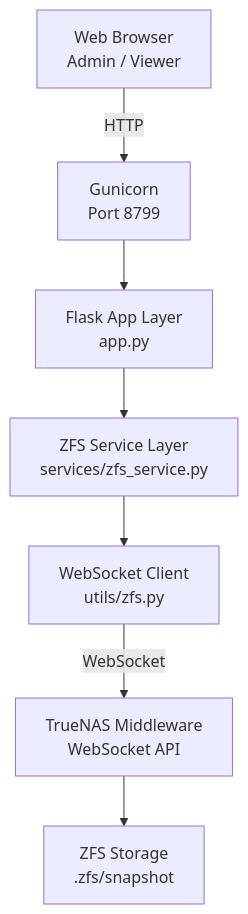
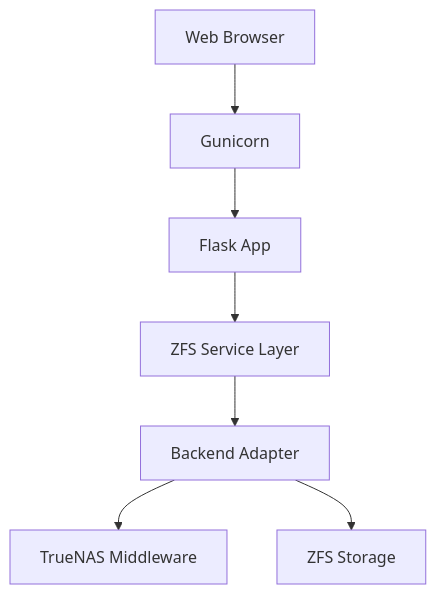
The diagram in README.md (Rocketplanner83/shadowportal), drawn with Mermaid before and after one commit. The commit also changed other lines of this file, not shown here.

````diff
--- a/README.md
+++ b/README.md
@@ -40,18 +178,18 @@
 ```mermaid
 flowchart TB
 
-    Browser[Web Browser<br/>Admin / Viewer]
-    Gunicorn[Gunicorn<br/>Port 8799]
-    Flask[Flask App Layer<br/>app.py]
-    Service[ZFS Service Layer<br/>services/zfs_service.py]
-    WSClient[WebSocket Client<br/>utils/zfs.py]
-    Middleware[TrueNAS Middleware<br/>WebSocket API]
-    ZFS[ZFS Storage<br/>.zfs/snapshot]
+    Browser[Web Browser]
+    Gunicorn[Gunicorn]
+    Flask[Flask App]
+    Service[ZFS Service Layer]
+    Backend[Backend Adapter]
+    TrueNAS[TrueNAS Middleware]
+    ZFS[ZFS Storage]
 
-    Browser -->|HTTP| Gunicorn
+    Browser --> Gunicorn
     Gunicorn --> Flask
     Flask --> Service
-    Service --> WSClient
-    WSClient -->|WebSocket| Middleware
-    Middleware --> ZFS
+    Service --> Backend
+    Backend --> TrueNAS
+    Backend --> ZFS
 ```
````
